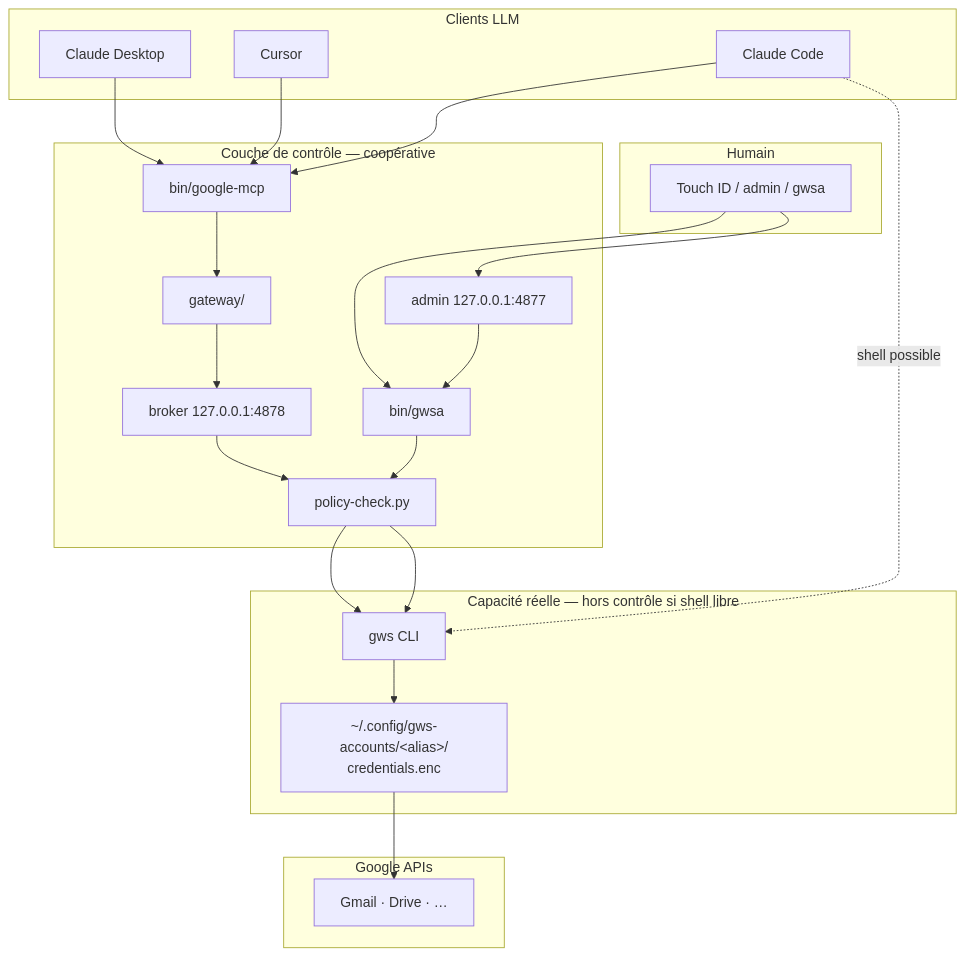
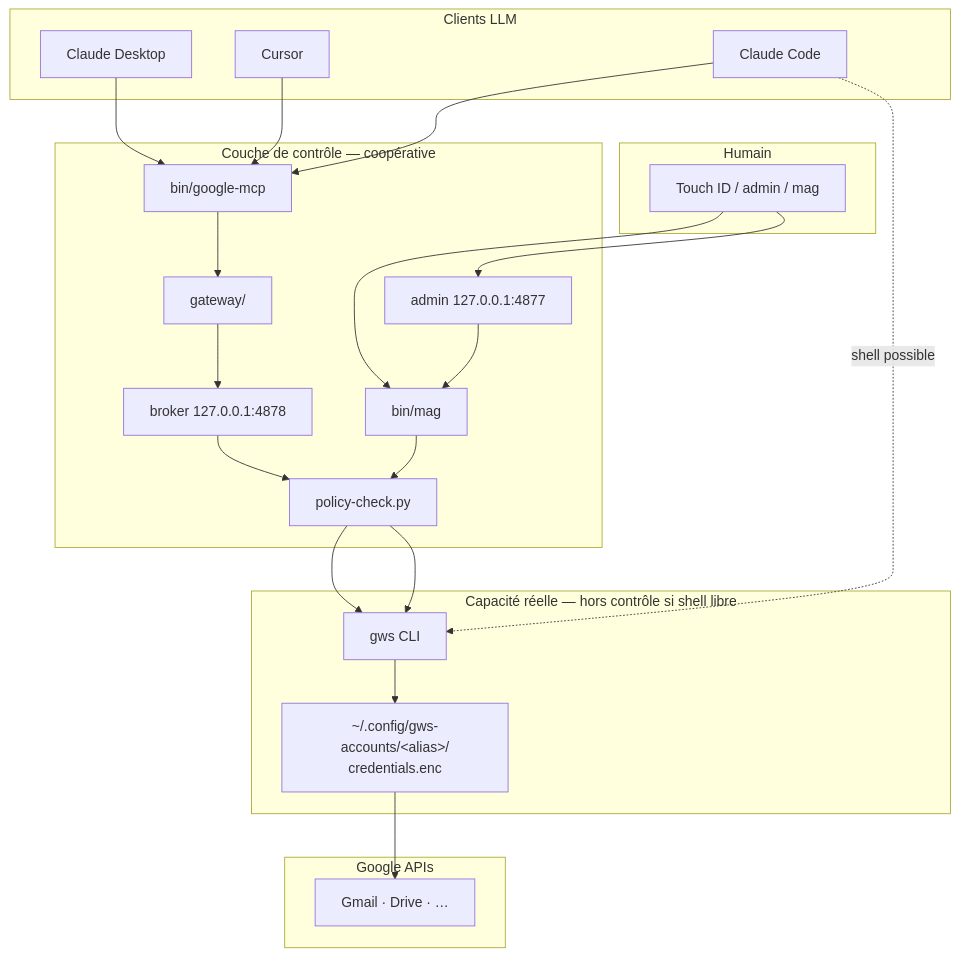
Before and after one commit to elzinko/google-mcp-multi-account: the first of 7 diagrams in features/0045-capacites-projet-signees.md, drawn with Mermaid. The commit also changed other lines of this file and 124 other files, not shown here.

````diff
--- a/features/0045-capacites-projet-signees.md
+++ b/features/0045-capacites-projet-signees.md
@@ -45,41 +45,41 @@
 ```mermaid
 flowchart TB
   subgraph humain [Humain]
-    H[Touch ID / admin / gwsa]
+    H[Touch ID / admin / mag]
   end
 
   subgraph clients [Clients LLM]
     CD[Claude Desktop]
     CU[Cursor]
     CC[Claude Code]
   end
 
   subgraph controles [Couche de contrôle — coopérative]
     MCP[bin/google-mcp]
     GW[gateway/]
     BRK[broker 127.0.0.1:4878]
-    GWSA[bin/gwsa]
+    GWSA[bin/mag]
     POL[policy-check.py]
     ADM[admin 127.0.0.1:4877]
   end
 
   subgraph capacite [Capacité réelle — hors contrôle si shell libre]
     GWS[gws CLI]
     CREDS["~/.config/gws-accounts/&lt;alias&gt;/\ncredentials.enc"]
   end
 
   subgraph google [Google APIs]
     API[Gmail · Drive · …]
   end
 
   H --> GWSA
   H --> ADM
   ADM --> GWSA
   CD --> MCP
   CU --> MCP
   CC --> MCP
   CC -.->|shell possible| GWS
   MCP --> GW --> BRK --> POL --> GWS
   GWSA --> POL --> GWS
   GWS --> CREDS --> API
 ```
````
